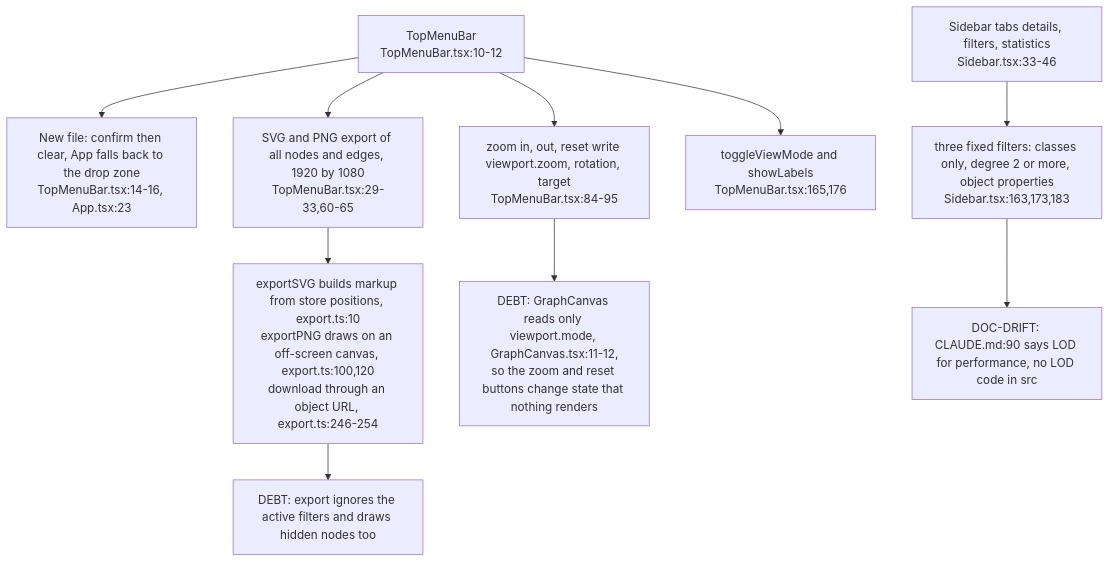
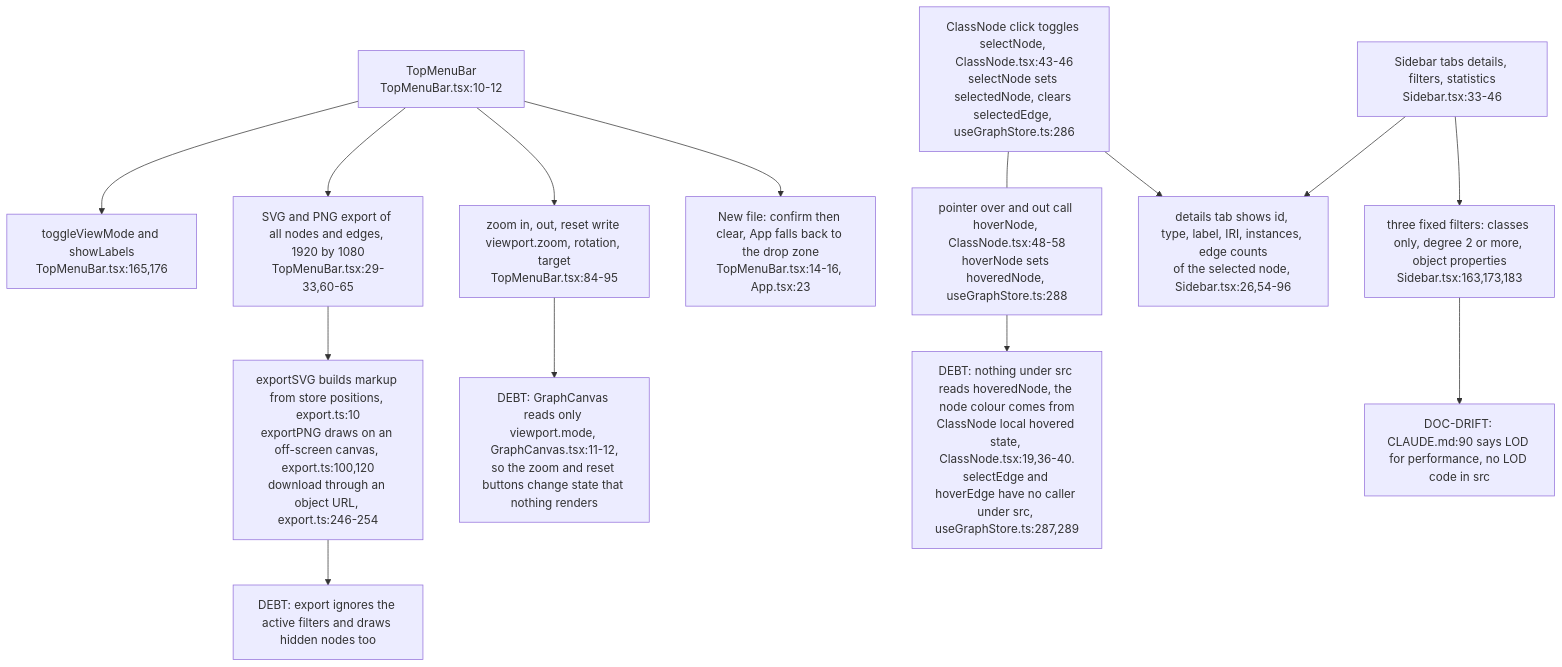
Before and after one commit to DreamLab-AI/VisionFlow: the fourth of 4 diagrams in docs/diagrams/wasmvowl/02-modern-explorer-runtime.md, drawn with Mermaid. The commit also changed other lines of this file and 2 other files, not shown here.

Commit message:
diagrams(wasmvowl): fix four skeptic findings in WV-02, WV-03 and WV-05
- WV-02.2: replace the activeFilters DEBT with the invariant the code
  enforces (drop zone renders only at nodeCount 0, clear empties filters).
- WV-02.4: draw ClassNode selection and hover into the Sidebar details
  tab, with a DEBT for the unread hoveredNode and uncalled edge actions.
- WV-03.3: turn the topology-reset OPEN into a TENSION stating the code's
  answer (per-frame immer write re-runs loadOntology/initSimulation),
  latent because the engine rejects the payload first.
- WV-03.1: cite propertyAttribute, range and domain lines in foaf.json.
- WV-05.5/WV-05.6: add the legacy menu layer (12 menus wired by app.js,
  exportTTLModule via exportMenu) and the experimental editor path.

````diff
--- a/docs/diagrams/wasmvowl/02-modern-explorer-runtime.md
+++ b/docs/diagrams/wasmvowl/02-modern-explorer-runtime.md
@@ -96,12 +96,16 @@
 ```mermaid
 flowchart TB
     TMB["TopMenuBar<br/>TopMenuBar.tsx:10-12"] --> NEW["New file: confirm then clear, App falls back to the drop zone<br/>TopMenuBar.tsx:14-16, App.tsx:23"]
     TMB --> ZOOM["zoom in, out, reset write viewport.zoom, rotation, target<br/>TopMenuBar.tsx:84-95"]
     TMB --> EXP["SVG and PNG export of all nodes and edges, 1920 by 1080<br/>TopMenuBar.tsx:29-33,60-65"]
     EXP --> EXF["exportSVG builds markup from store positions, export.ts:10<br/>exportPNG draws on an off-screen canvas, export.ts:100,120<br/>download through an object URL, export.ts:246-254"]
     TMB --> VM["toggleViewMode and showLabels<br/>TopMenuBar.tsx:165,176"]
     SB["Sidebar tabs details, filters, statistics<br/>Sidebar.tsx:33-46"] --> FIL["three fixed filters: classes only, degree 2 or more, object properties<br/>Sidebar.tsx:163,173,183"]
+    CLK["ClassNode click toggles selectNode, ClassNode.tsx:43-46<br/>selectNode sets selectedNode, clears selectedEdge, useGraphStore.ts:286"] --> DET["details tab shows id, type, label, IRI, instances, edge counts<br/>of the selected node, Sidebar.tsx:26,54-96"]
+    SB --> DET
+    HOV["pointer over and out call hoverNode, ClassNode.tsx:48-58<br/>hoverNode sets hoveredNode, useGraphStore.ts:288"] --> D4["DEBT: nothing under src reads hoveredNode, the node colour comes from<br/>ClassNode local hovered state, ClassNode.tsx:19,36-40.<br/>selectEdge and hoverEdge have no caller under src, useGraphStore.ts:287,289"]
+    CLK --- HOV
     ZOOM --> D1["DEBT: GraphCanvas reads only viewport.mode, GraphCanvas.tsx:11-12,<br/>so the zoom and reset buttons change state that nothing renders"]
     EXF --> D2["DEBT: export ignores the active filters and draws hidden nodes too"]
     FIL --> D3["DOC-DRIFT: CLAUDE.md:90 says LOD for performance, no LOD code in src"]
 ```
````
